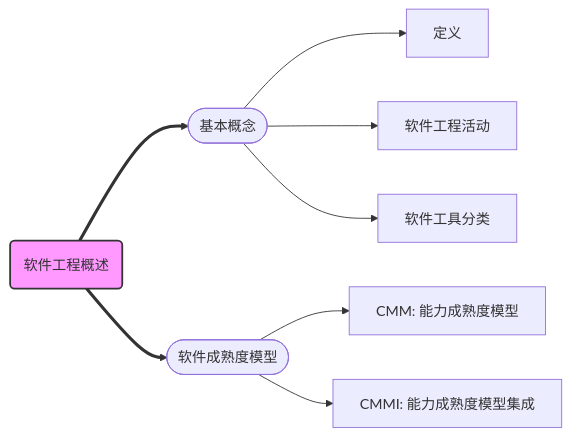
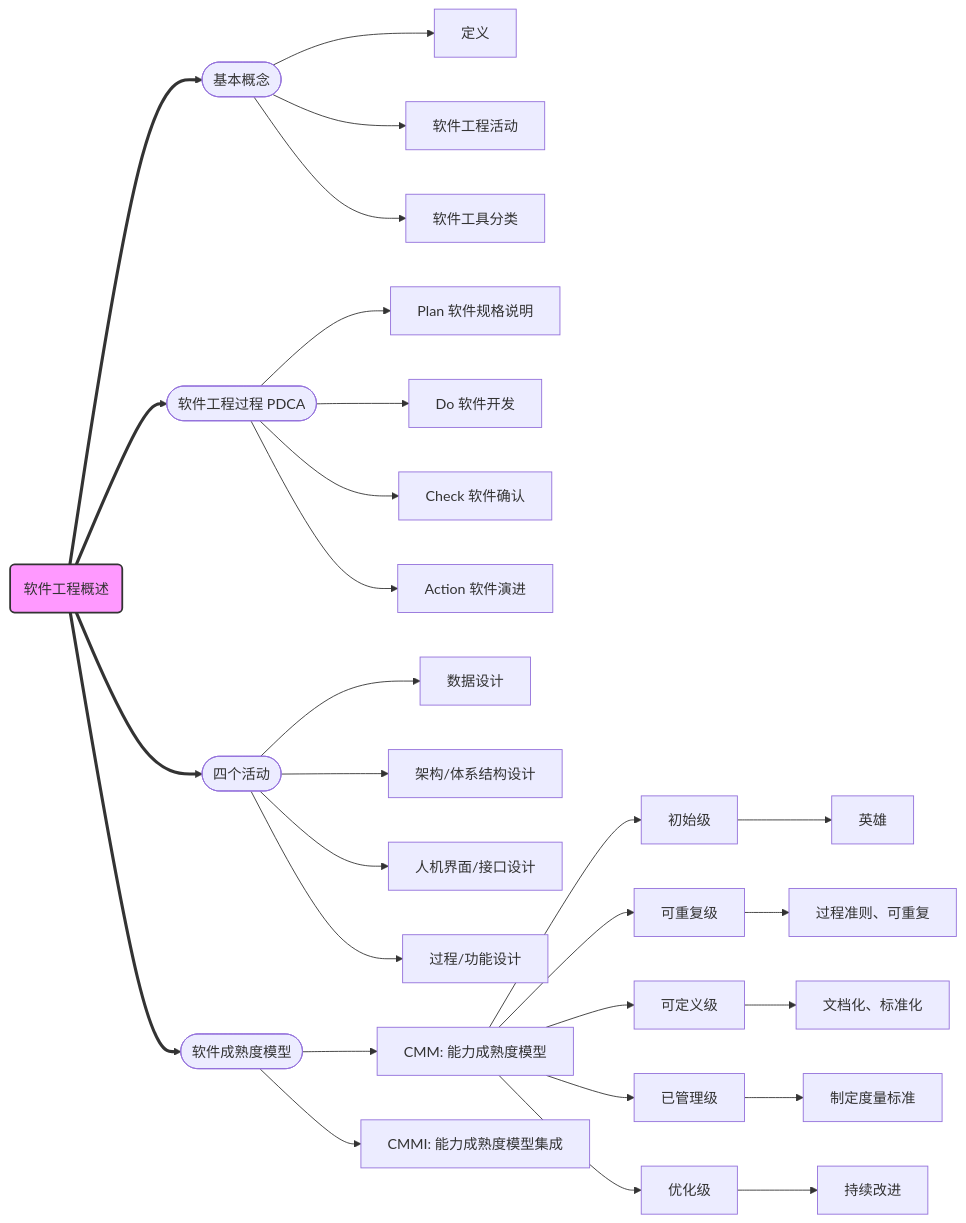
One commit to Rtoax/test-linux changed the first of 5 diagrams in Documentation/ruankao/software-engineering.rst. Above: the diagram before and after it, drawn with Mermaid. The commit also changed other lines of this file and 1 other file, not shown here.

First line of the commit message:
Doc: ruankao: update software-engineering.rst

```diff
--- a/Documentation/ruankao/software-engineering.rst
+++ b/Documentation/ruankao/software-engineering.rst
@@ -20,15 +20,33 @@
 .. mermaid::
    :caption: 软件工程概述
 
     flowchart LR
         Engineering(软件工程概述) ==> Concept([基本概念])
+        Engineering ==> PDCA([软件工程过程 PDCA])
+        Engineering ==> Activity([四个活动])
         Engineering ==> Maturity([软件成熟度模型])
 
         Concept --> Concept1[定义]
         Concept --> Concept2[软件工程活动]
         Concept --> Concept3[软件工具分类]
 
-        Maturity --> Maturity1[CMM: 能力成熟度模型]
+        PDCA --> Plan[Plan 软件规格说明]
+        PDCA --> Do[Do 软件开发]
+        PDCA --> Check[Check 软件确认]
+        PDCA --> Action[Action 软件演进]
+
+        Activity --> Activity1[数据设计]
+        Activity --> Activity2[架构/体系结构设计]
+        Activity --> Activity3[人机界面/接口设计]
+        Activity --> Activity4[过程/功能设计]
+
+        Maturity --> CMM[CMM: 能力成熟度模型]
         Maturity --> Maturity2[CMMI: 能力成熟度模型集成]
 
+        CMM --> CMM1[初始级] --> CMM1x[英雄]
+        CMM --> CMM2[可重复级] --> CMM2x[过程准则、可重复]
+        CMM --> CMM3[可定义级] --> CMM3x[文档化、标准化]
+        CMM --> CMM4[已管理级] --> CMM4x[制定度量标准]
+        CMM --> CMM5[优化级] --> CMM5x[持续改进]
+
         style Engineering fill:#f9f,stroke:#333,stroke-width:2px
```
